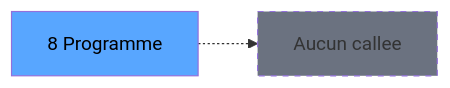
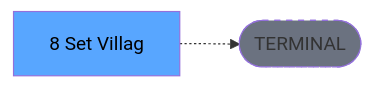
The third of 3 diagrams in .openspec/specs/ADH-IDE-8.md (thonyAGP/lecteur-magic), drawn with Mermaid before and after one commit. The commit also changed other lines of this file and 701 other files, not shown here.

````diff
--- a/.openspec/specs/ADH-IDE-8.md
+++ b/.openspec/specs/ADH-IDE-8.md
@@ -145,8 +135,8 @@
 ```mermaid
 graph LR
-    T[8 Programme]
-    NONE[Aucun callee]
-    T -.-> NONE
+    T[8      Set Villag]
+    TERM([TERMINAL])
+    T -.-> TERM
+    style TERM fill:#6b7280,stroke-dasharray: 5 5
     style T fill:#58a6ff,color:#000
-    style NONE fill:#6b7280,stroke-dasharray: 5 5
 ```
````
